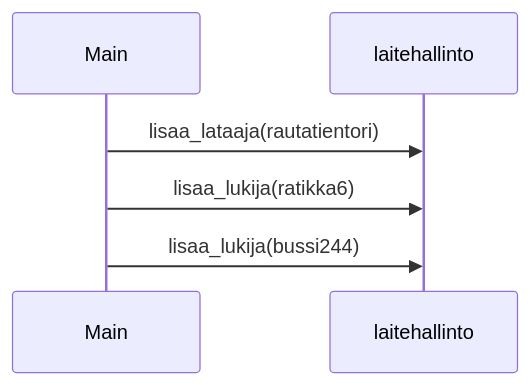
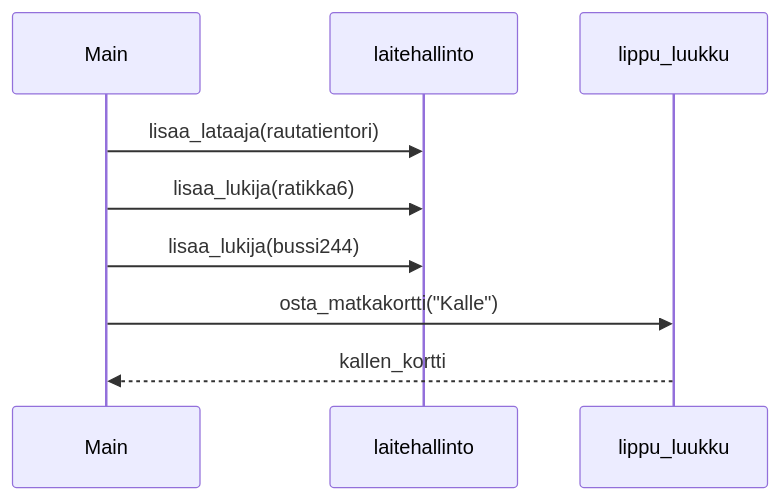
One commit to lahgit/ot-harjoitustyo changed the diagram in laskarit/viikko3/Hsl.md. Above: the diagram before and after it, drawn with Mermaid.

````diff
--- a/laskarit/viikko3/Hsl.md
+++ b/laskarit/viikko3/Hsl.md
@@ -3,6 +3,8 @@
 ```mermaid
  sequenceDiagram
     Main->>laitehallinto: lisaa_lataaja(rautatientori)
     Main->>laitehallinto: lisaa_lukija(ratikka6)
-    Main->>laitehallinto: lisaa_lukija(bussi244)   
+    Main->>laitehallinto: lisaa_lukija(bussi244)
+    Main->>lippu_luukku: osta_matkakortti("Kalle")
+    lippu_luukku-->>Main: kallen_kortti   
 ```
````
